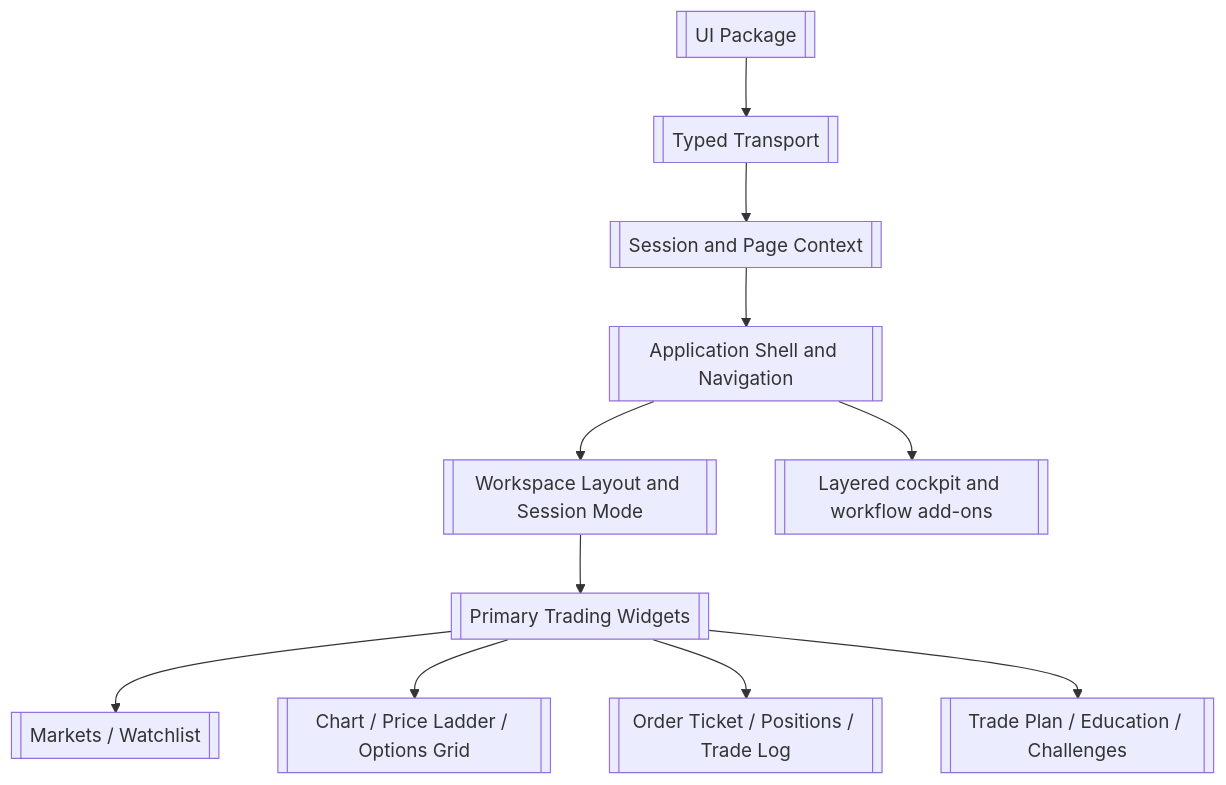
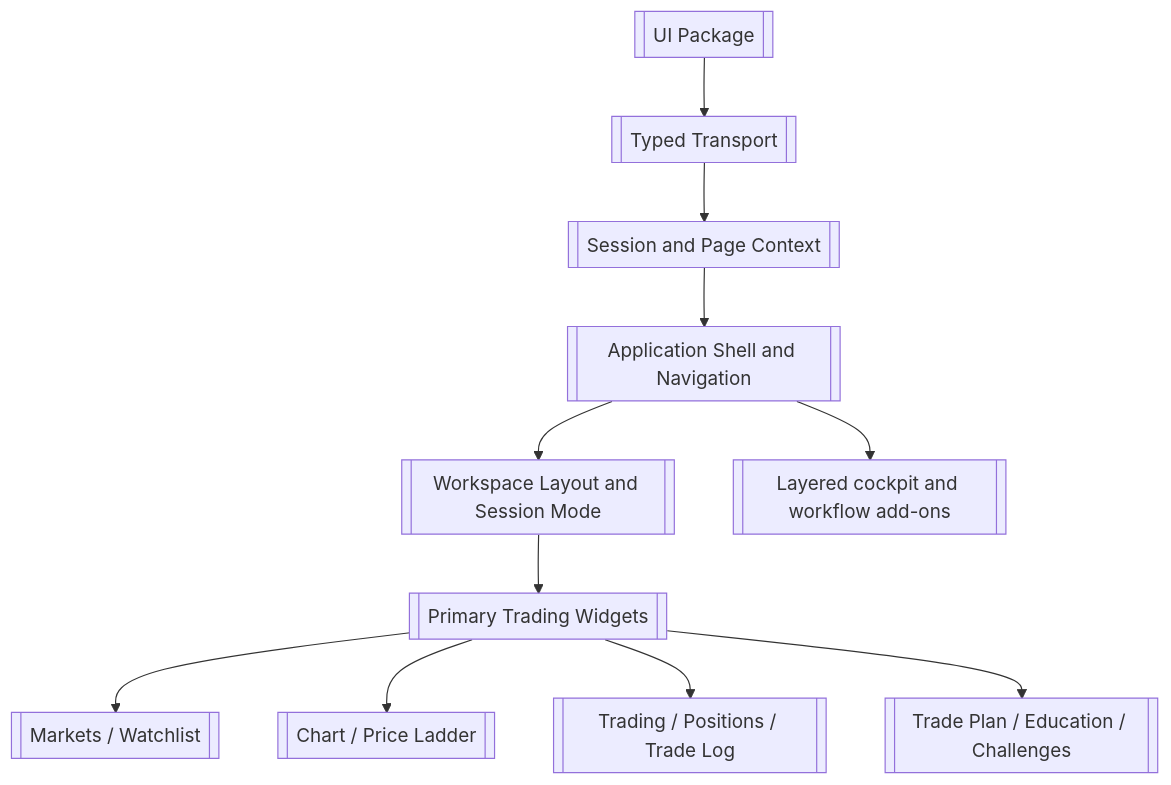
Before and after one commit to haruperi/HaruQuantAI: the first of 3 diagrams in app/ui/README.md, drawn with Mermaid. The commit also changed other lines of this file and 154 other files, not shown here.

````diff
--- a/app/ui/README.md
+++ b/app/ui/README.md
@@ -96,14 +96,14 @@
 ```mermaid
 flowchart TD
     UI[[UI Package]]
     UI --> CLIENTS[[Typed Transport]]
     CLIENTS --> CONTEXT[[Session and Page Context]]
     CONTEXT --> SHELL[[Application Shell and Navigation]]
     SHELL --> WORKSPACE[[Workspace Layout and Session Mode]]
     WORKSPACE --> WIDGETS[[Primary Trading Widgets]]
     WIDGETS --> MARKETS[[Markets / Watchlist]]
-    WIDGETS --> CHARTS[[Chart / Price Ladder / Options Grid]]
-    WIDGETS --> ORDERS[[Order Ticket / Positions / Trade Log]]
+    WIDGETS --> CHARTS[[Chart / Price Ladder]]
+    WIDGETS --> ORDERS[[Trading / Positions / Trade Log]]
     WIDGETS --> PLAN[[Trade Plan / Education / Challenges]]
     SHELL --> ADDON[[Layered cockpit and workflow add-ons]]
 ```
````
